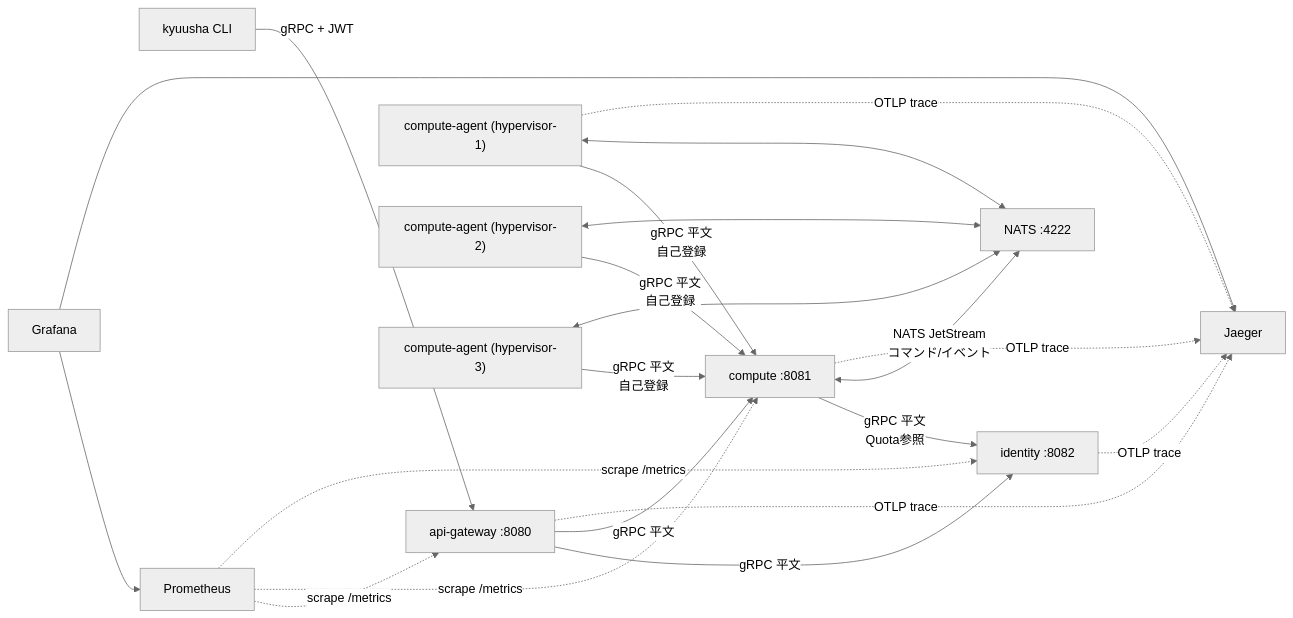
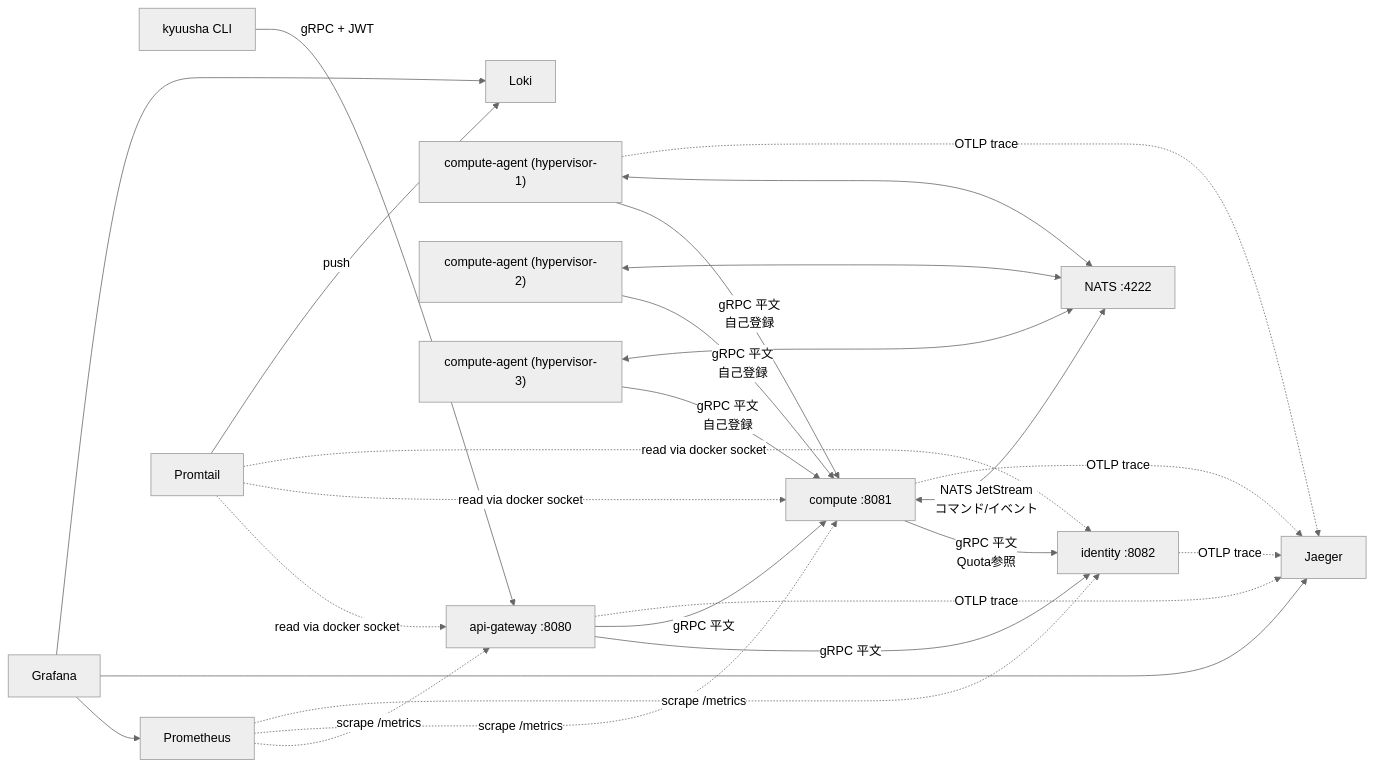
One commit to kiyuta1230/kyuusha changed the diagram in docs/specs/system-overview.md. Above: the diagram before and after it, drawn with Mermaid (neutral theme). The commit also changed other lines of this file and 16 other files, not shown here.

````diff
--- a/docs/specs/system-overview.md
+++ b/docs/specs/system-overview.md
@@ -21,24 +22,29 @@
 ```mermaid
 flowchart LR
     CLI["kyuusha CLI"] -->|gRPC + JWT| GW["api-gateway :8080"]
     GW -->|gRPC 平文| ID["identity :8082"]
     GW -->|gRPC 平文| CO["compute :8081"]
     CO -->|gRPC 平文\nQuota参照| ID
     CA1["compute-agent (hypervisor-1)"] -->|gRPC 平文\n自己登録| CO
     CA2["compute-agent (hypervisor-2)"] -->|gRPC 平文\n自己登録| CO
     CA3["compute-agent (hypervisor-3)"] -->|gRPC 平文\n自己登録| CO
     CO <-->|NATS JetStream\nコマンド/イベント| NATS["NATS :4222"]
     CA1 <--> NATS
     CA2 <--> NATS
     CA3 <--> NATS
 
     GW -.->|OTLP trace| J["Jaeger"]
     CO -.->|OTLP trace| J
     ID -.->|OTLP trace| J
     CA1 -.->|OTLP trace| J
     P["Prometheus"] -.->|scrape /metrics| GW
     P -.->|scrape /metrics| CO
     P -.->|scrape /metrics| ID
+    PT["Promtail"] -.->|read via docker socket| GW
+    PT -.->|read via docker socket| CO
+    PT -.->|read via docker socket| ID
+    PT -->|push| L["Loki"]
     Gr["Grafana"] --> P
     Gr --> J
+    Gr --> L
 ```
````
